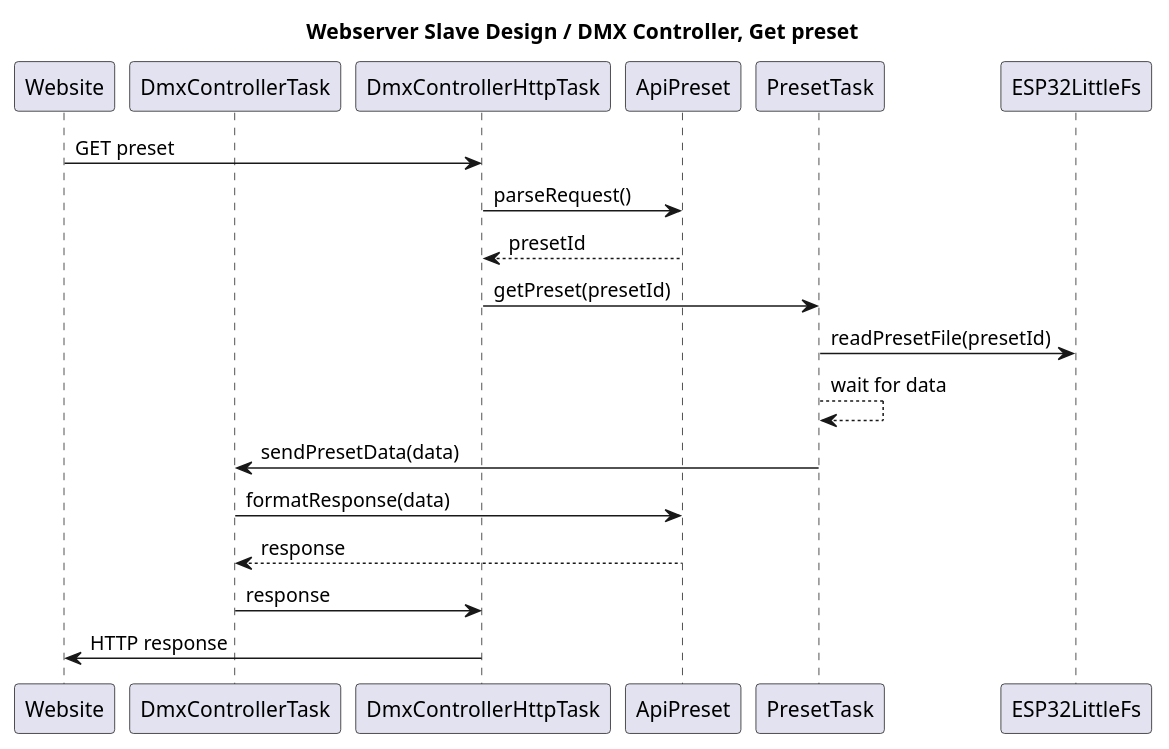
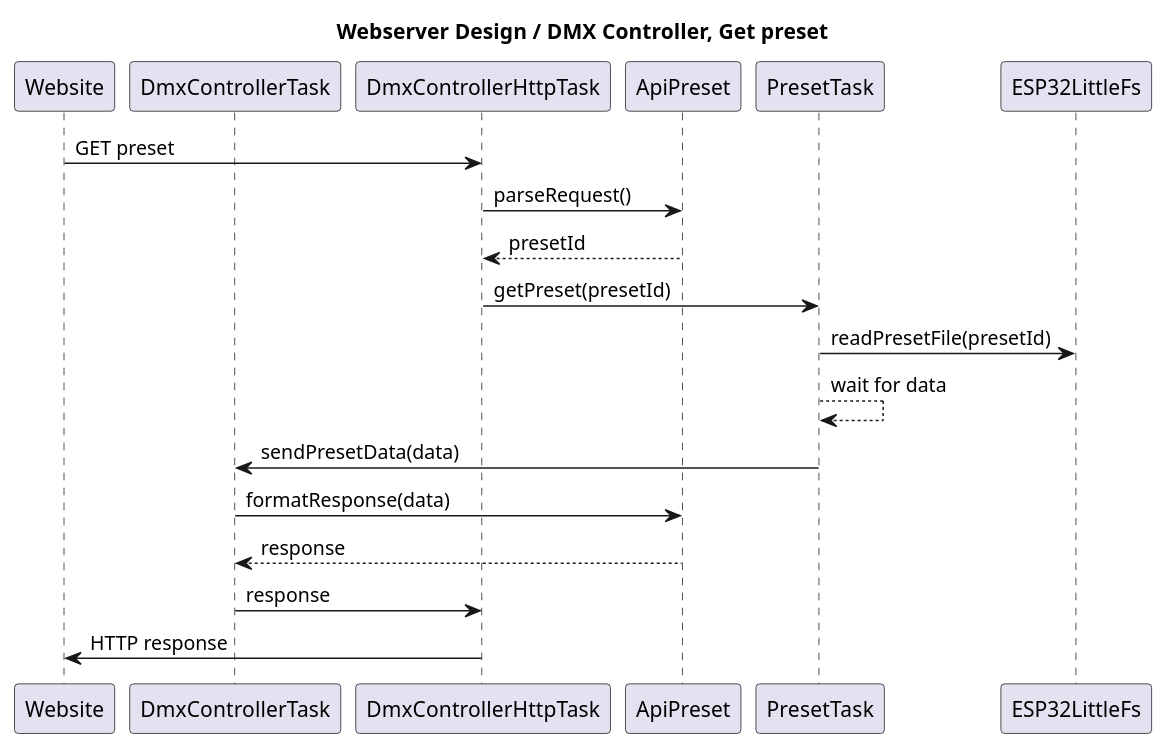
The fourth of 5 diagrams in docs/requirements_and_dds/slaves/webserver_slave.puml (michelkeijzers/Esp32Framework), drawn with PlantUML before and after one commit. The commit also changed other lines of this file and 37 other files, not shown here.

```diff
--- a/docs/requirements_and_dds/slaves/webserver_slave.puml
+++ b/docs/requirements_and_dds/slaves/webserver_slave.puml
@@ -190,24 +190,24 @@
 @startuml 
 
-title Webserver Slave Design / DMX Controller, Get preset
+title Webserver Design / DMX Controller, Get preset
 
 participant Website
 participant DmxControllerTask
 participant DmxControllerHttpTask
 participant ApiPreset
 participant PresetTask
 participant ESP32LittleFs
 
 Website -> DmxControllerHttpTask : GET preset
 DmxControllerHttpTask -> ApiPreset : parseRequest()
 ApiPreset --> DmxControllerHttpTask : presetId
 DmxControllerHttpTask -> PresetTask : getPreset(presetId)
 PresetTask -> ESP32LittleFs : readPresetFile(presetId)
 PresetTask --> PresetTask : wait for data
 PresetTask -> DmxControllerTask : sendPresetData(data)
 DmxControllerTask -> ApiPreset : formatResponse(data)
 ApiPreset --> DmxControllerTask : response
 DmxControllerTask -> DmxControllerHttpTask : response
 DmxControllerHttpTask -> Website : HTTP response
 
 @enduml
```
